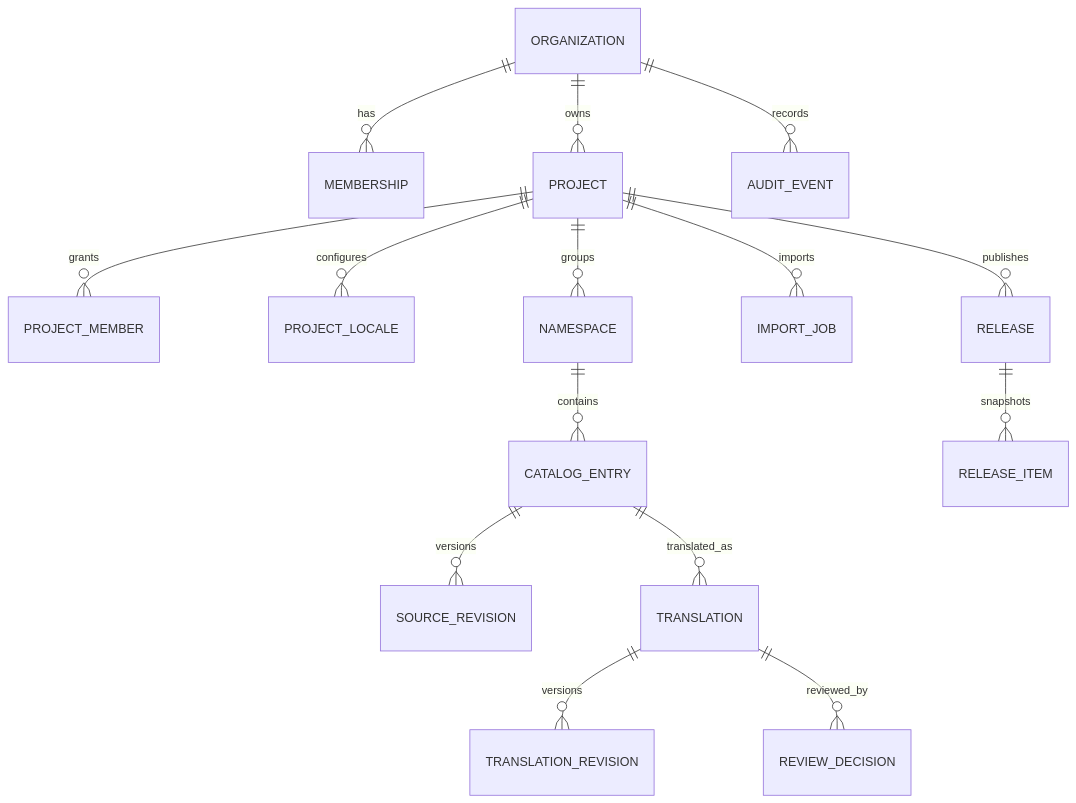
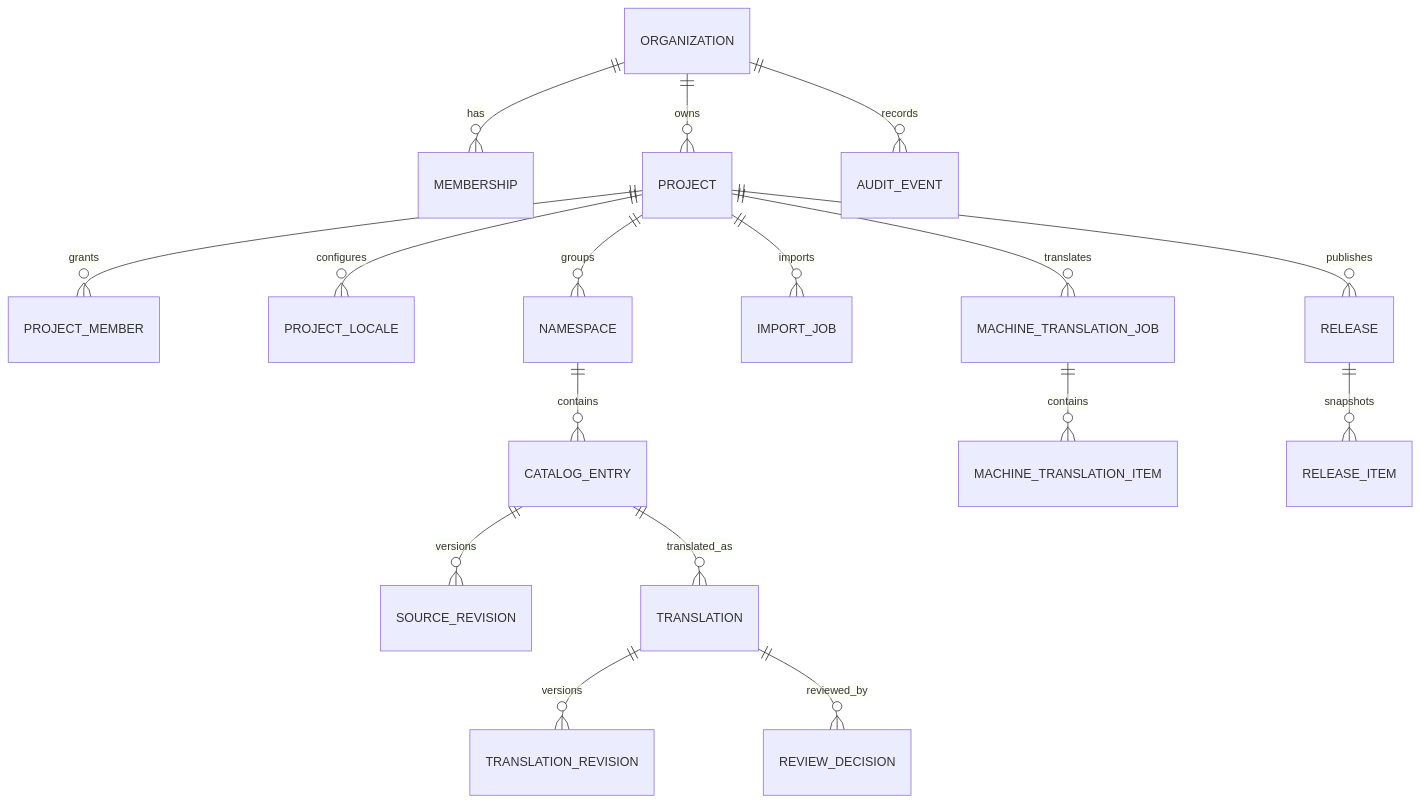
Before and after one commit to clickear/yandu: the fourth of 4 diagrams in docs/ddd-technical-design.md, drawn with Mermaid. The commit also changed other lines of this file and 26 other files, not shown here.

Commit message:
feat: add asynchronous machine translation workflow

````diff
--- a/docs/ddd-technical-design.md
+++ b/docs/ddd-technical-design.md
@@ -275,17 +279,19 @@
 ```mermaid
 erDiagram
   ORGANIZATION ||--o{ MEMBERSHIP : has
   ORGANIZATION ||--o{ PROJECT : owns
   PROJECT ||--o{ PROJECT_MEMBER : grants
   PROJECT ||--o{ PROJECT_LOCALE : configures
   PROJECT ||--o{ NAMESPACE : groups
   NAMESPACE ||--o{ CATALOG_ENTRY : contains
   CATALOG_ENTRY ||--o{ SOURCE_REVISION : versions
   CATALOG_ENTRY ||--o{ TRANSLATION : translated_as
   TRANSLATION ||--o{ TRANSLATION_REVISION : versions
   TRANSLATION ||--o{ REVIEW_DECISION : reviewed_by
   PROJECT ||--o{ IMPORT_JOB : imports
+  PROJECT ||--o{ MACHINE_TRANSLATION_JOB : translates
+  MACHINE_TRANSLATION_JOB ||--o{ MACHINE_TRANSLATION_ITEM : contains
   PROJECT ||--o{ RELEASE : publishes
   RELEASE ||--o{ RELEASE_ITEM : snapshots
   ORGANIZATION ||--o{ AUDIT_EVENT : records
 ```
````
